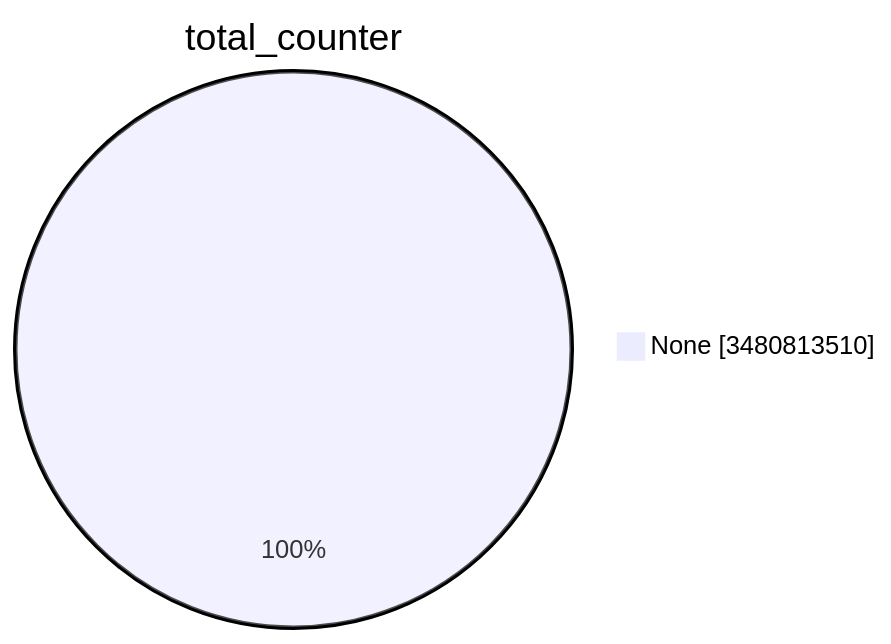
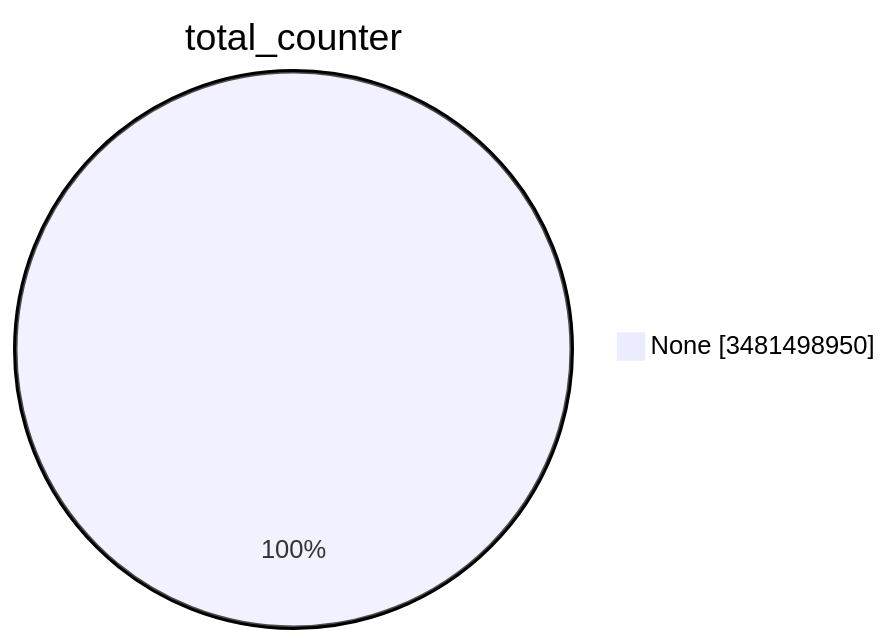
The first of 15 diagrams in TOTAL/README.md (christiankrug/ctmonitor_visualization), drawn with Mermaid before and after one commit. The commit also changed other lines of this file, not shown here.

````diff
--- a/TOTAL/README.md
+++ b/TOTAL/README.md
@@ -1,5 +1,5 @@
 ```mermaid
 pie showData
 title total_counter
-"None" :3480813510
+"None" :3481498950
 ```
````
